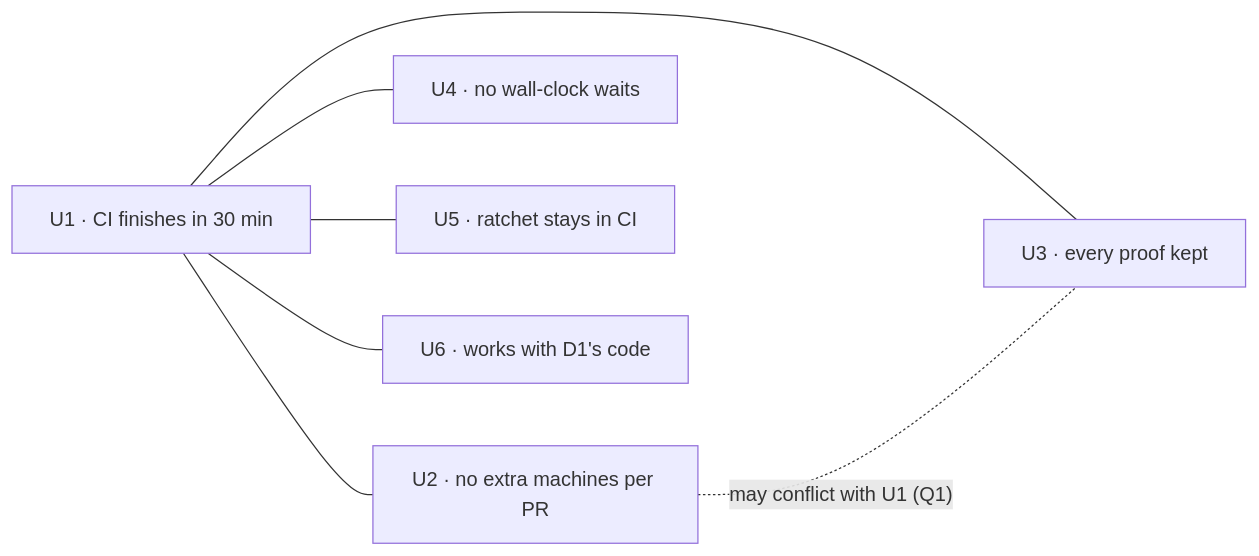
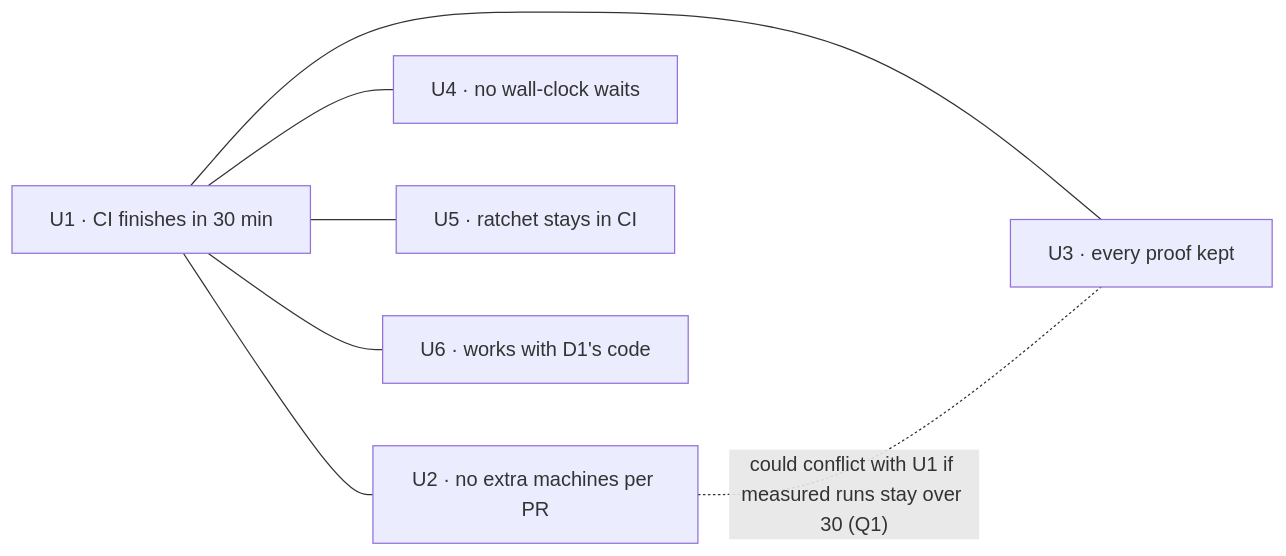
Before and after one commit to agent-collaboration/agent-collaboration: the diagram in docs/specs/2026-11-04-ci-30-minutes/requirements.md, drawn with Mermaid. The commit also changed other lines of this file and 3 other files, not shown here.

````diff
--- a/docs/specs/2026-11-04-ci-30-minutes/requirements.md
+++ b/docs/specs/2026-11-04-ci-30-minutes/requirements.md
@@ -11,15 +11,15 @@
 ```mermaid
 flowchart LR
   need["U1 · CI finishes in 30 min"]
   m["U2 · no extra machines per PR"]
   p["U3 · every proof kept"]
   w["U4 · no wall-clock waits"]
   r["U5 · ratchet stays in CI"]
   d["U6 · works with D1's code"]
   need --- m
   need --- p
   need --- w
   need --- r
   need --- d
-  m -. "may conflict with U1 (Q1)" .- p
+  m -. "could conflict with U1 if measured runs stay over 30 (Q1)" .- p
 ```
````
